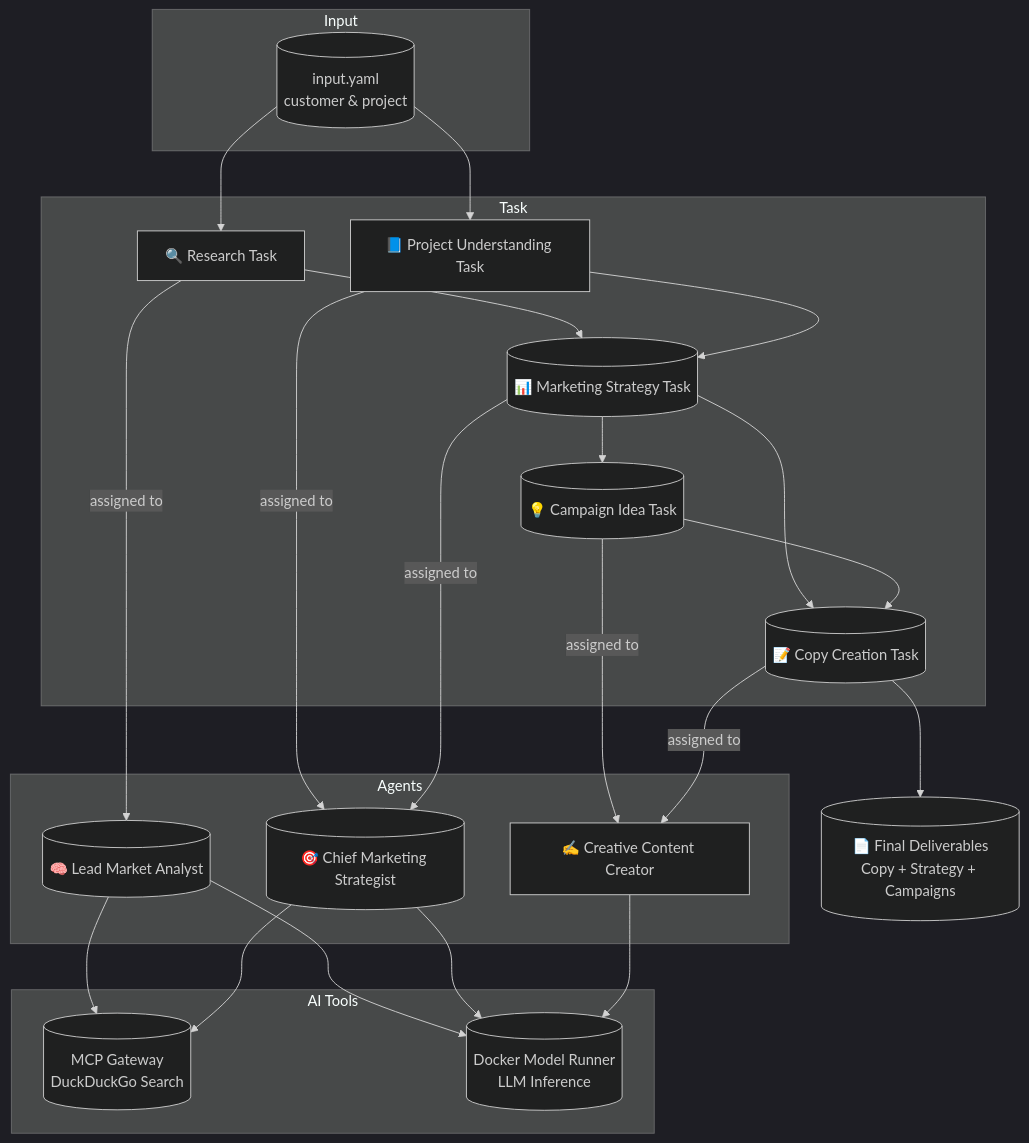
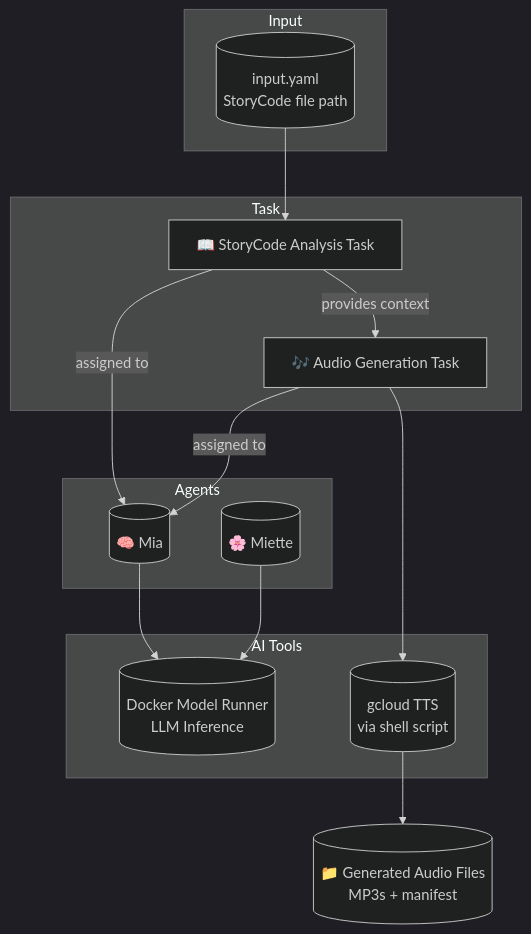
Before and after one commit to miadisabelle/compose-for-agents: the diagram in crew-ai-mia-miette/README.md, drawn with Mermaid (dark theme). The commit also changed other lines of this file and 9 other files, not shown here.

First line of the commit message:
feat: refactor project structure and rename to Audio Weaver for audio generation from StoryCode

````diff
--- a/crew-ai-mia-miette/README.md
+++ b/crew-ai-mia-miette/README.md
@@ -93,49 +75,34 @@
 ```mermaid
 flowchart TD
     subgraph Input
-      input[(input.yaml<br/>customer & project)]
+      input[(input.yaml<br/>StoryCode file path)]
     end
 
     subgraph Agents
-      A1[(🧠 Lead Market Analyst)]
-      A2[(🎯 Chief Marketing Strategist)]
-      A3[✍️ Creative Content Creator]
+      A1[(🧠 Mia)]
+      A2[(🌸 Miette)]
     end
 
     subgraph Task
-      T1[🔍 Research Task]
-      T2[📘 Project Understanding Task]
-      T3[(📊 Marketing Strategy Task)]
-      T4[(💡 Campaign Idea Task)]
-      T5[(📝 Copy Creation Task)]
+      T1[📖 StoryCode Analysis Task]
+      T2[🎶 Audio Generation Task]
     end
 
     subgraph AI Tools
-      MCP[(MCP Gateway<br/>DuckDuckGo Search)]
       LLM[(Docker Model Runner<br/>LLM Inference)]
+      AUDIO_GEN[(gcloud TTS<br/>via shell script)]
     end
 
     input --> T1
-    input --> T2
 
     T1 -->|assigned to| A1
-    T2 -->|assigned to| A2
-    T3 -->|assigned to| A2
-    T4 -->|assigned to| A3
-    T5 -->|assigned to| A3
-
-    A1 --> MCP
-    A2 --> MCP
+    T2 -->|assigned to| A1
+    T1 -- provides context --> T2
 
     A1 --> LLM
     A2 --> LLM
-    A3 --> LLM
 
-    T1 --> T3
-    T2 --> T3
-    T3 --> T4
-    T3 --> T5
-    T4 --> T5
+    T2 --> AUDIO_GEN
 
-    T5 --> Output[(📄 Final Deliverables<br/>Copy + Strategy + Campaigns)]
+    AUDIO_GEN --> Output[(📁 Generated Audio Files<br/>MP3s + manifest)]
 ```
````
